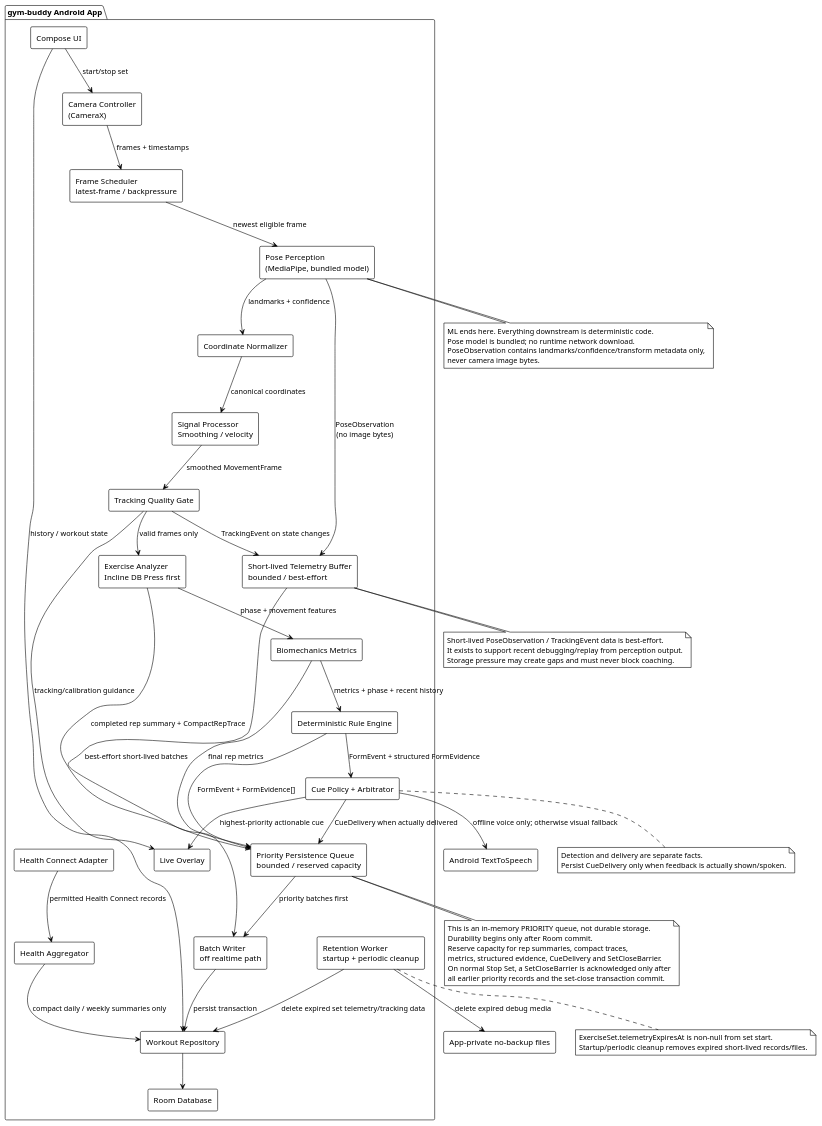
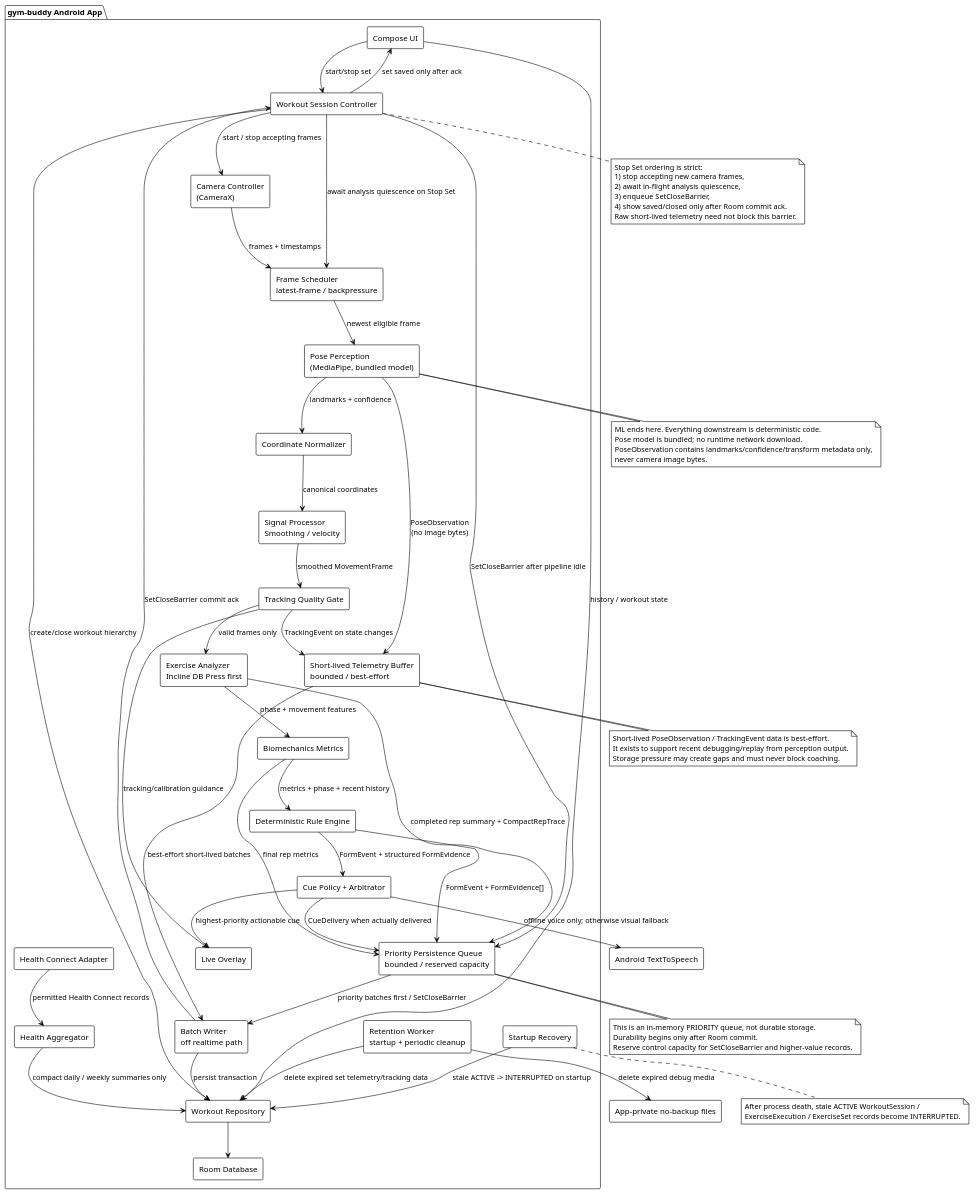
The diagram in docs/uml/02-android-components.puml (lazerta/gym-buddy), drawn with PlantUML before and after one commit.

Commit message:
Add session controller, pipeline quiescence, and startup recovery

```diff
--- a/docs/uml/02-android-components.puml
+++ b/docs/uml/02-android-components.puml
@@ -1,92 +1,102 @@
 @startuml
 !theme plain
 skinparam shadowing false
 skinparam componentStyle rectangle
 
 package "gym-buddy Android App" {
   [Compose UI] as UI
+  [Workout Session Controller] as Session
   [Camera Controller\n(CameraX)] as Camera
   [Frame Scheduler\nlatest-frame / backpressure] as Scheduler
   [Pose Perception\n(MediaPipe, bundled model)] as Pose
   [Coordinate Normalizer] as Normalize
   [Signal Processor\nSmoothing / velocity] as Signal
   [Tracking Quality Gate] as Quality
   [Exercise Analyzer\nIncline DB Press first] as Analyzer
   [Biomechanics Metrics] as Metrics
   [Deterministic Rule Engine] as Rules
   [Cue Policy + Arbitrator] as CuePolicy
   [Live Overlay] as Overlay
   [Short-lived Telemetry Buffer\nbounded / best-effort] as TelemetryBuffer
   [Priority Persistence Queue\nbounded / reserved capacity] as PriorityQueue
   [Batch Writer\noff realtime path] as BatchWriter
   [Workout Repository] as Repo
   [Health Connect Adapter] as Health
   [Health Aggregator] as HealthAgg
   [Retention Worker\nstartup + periodic cleanup] as Retention
+  [Startup Recovery] as Recovery
   [Room Database] as Room
 }
 
-UI --> Camera : start/stop set
+UI --> Session : start/stop set
+Session --> Repo : create/close workout hierarchy
+Session --> Camera : start / stop accepting frames
+Session --> Scheduler : await analysis quiescence on Stop Set
+Session --> PriorityQueue : SetCloseBarrier after pipeline idle
 Camera --> Scheduler : frames + timestamps
 Scheduler --> Pose : newest eligible frame
 Pose --> TelemetryBuffer : PoseObservation\n(no image bytes)
 Pose --> Normalize : landmarks + confidence
 Normalize --> Signal : canonical coordinates
 Signal --> Quality : smoothed MovementFrame
 Quality --> Analyzer : valid frames only
 Quality --> Overlay : tracking/calibration guidance
 Quality --> TelemetryBuffer : TrackingEvent on state changes
 Analyzer --> Metrics : phase + movement features
 Metrics --> Rules : metrics + phase + recent history
 Rules --> CuePolicy : FormEvent + structured FormEvidence
 CuePolicy --> Overlay : highest-priority actionable cue
 CuePolicy --> [Android TextToSpeech] : offline voice only; otherwise visual fallback
 
 Analyzer --> PriorityQueue : completed rep summary + CompactRepTrace
 Metrics --> PriorityQueue : final rep metrics
 Rules --> PriorityQueue : FormEvent + FormEvidence[]
 CuePolicy --> PriorityQueue : CueDelivery when actually delivered
 TelemetryBuffer --> BatchWriter : best-effort short-lived batches
-PriorityQueue --> BatchWriter : priority batches first
+PriorityQueue --> BatchWriter : priority batches first / SetCloseBarrier
 BatchWriter --> Repo : persist transaction
 Repo --> Room
+BatchWriter --> Session : SetCloseBarrier commit ack
+Session --> UI : set saved only after ack
 
 Health --> HealthAgg : permitted Health Connect records
 HealthAgg --> Repo : compact daily / weekly summaries only
 Retention --> Repo : delete expired set telemetry/tracking data
 Retention --> [App-private no-backup files] : delete expired debug media
+Recovery --> Repo : stale ACTIVE -> INTERRUPTED on startup
 UI --> Repo : history / workout state
 
 note bottom of Pose
 ML ends here. Everything downstream is deterministic code.
 Pose model is bundled; no runtime network download.
 PoseObservation contains landmarks/confidence/transform metadata only,
 never camera image bytes.
+end note
+
+note bottom of Session
+Stop Set ordering is strict:
+1) stop accepting new camera frames,
+2) await in-flight analysis quiescence,
+3) enqueue SetCloseBarrier,
+4) show saved/closed only after Room commit ack.
+Raw short-lived telemetry need not block this barrier.
 end note
 
 note bottom of TelemetryBuffer
 Short-lived PoseObservation / TrackingEvent data is best-effort.
 It exists to support recent debugging/replay from perception output.
 Storage pressure may create gaps and must never block coaching.
 end note
 
 note bottom of PriorityQueue
 This is an in-memory PRIORITY queue, not durable storage.
 Durability begins only after Room commit.
-Reserve capacity for rep summaries, compact traces,
-metrics, structured evidence, CueDelivery and SetCloseBarrier.
-On normal Stop Set, a SetCloseBarrier is acknowledged only after
-all earlier priority records and the set-close transaction commit.
+Reserve control capacity for SetCloseBarrier and higher-value records.
 end note
 
-note bottom of Retention
-ExerciseSet.telemetryExpiresAt is non-null from set start.
-Startup/periodic cleanup removes expired short-lived records/files.
-end note
-
-note bottom of CuePolicy
-Detection and delivery are separate facts.
-Persist CueDelivery only when feedback is actually shown/spoken.
+note bottom of Recovery
+After process death, stale ACTIVE WorkoutSession /
+ExerciseExecution / ExerciseSet records become INTERRUPTED.
 end note
 
 @enduml
```
